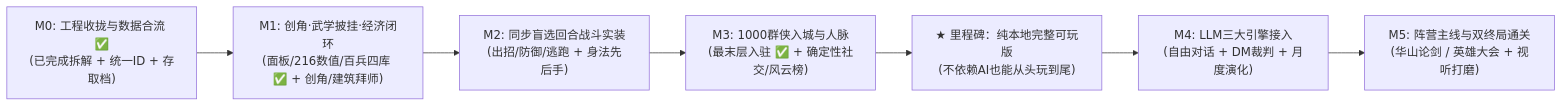
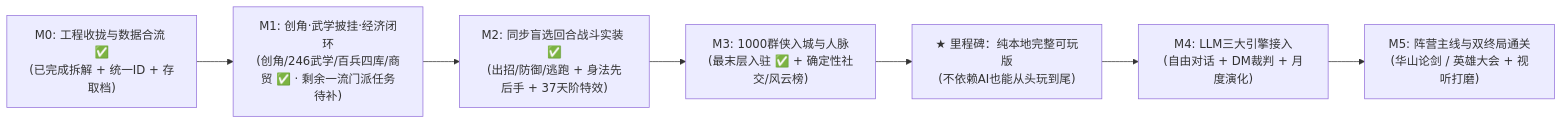
Before and after one commit to zhby99/northern-song-chronicles: the diagram in docs/ROADMAP_AND_TODO.md, drawn with Mermaid. The commit also changed other lines of this file and 1 other file, not shown here.

Commit message:
docs: sync ROADMAP_AND_TODO and AGENTS.md with current milestones

````diff
--- a/docs/ROADMAP_AND_TODO.md
+++ b/docs/ROADMAP_AND_TODO.md
@@ -38,9 +38,9 @@
 ```mermaid
 flowchart LR
-    M0["M0: 工程收拢与数据合流 ✅<br/>(已完成拆解 + 统一ID + 存取档)"] --> M1["M1: 创角·武学披挂·经济闭环<br/>(面板/216数值/百兵四库 ✅ + 创角/建筑拜师)"]
-    M1 --> M2["M2: 同步盲选回合战斗实装<br/>(出招/防御/逃跑 + 身法先后手)"]
+    M0["M0: 工程收拢与数据合流 ✅<br/>(已完成拆解 + 统一ID + 存取档)"] --> M1["M1: 创角·武学披挂·经济闭环<br/>(创角/246武学/百兵四库/商贸 ✅ · 剩余一流门派任务待补)"]
+    M1 --> M2["M2: 同步盲选回合战斗实装 ✅<br/>(出招/防御/逃跑 + 身法先后手 + 37天阶特效)"]
     M2 --> M3["M3: 1000群侠入城与人脉<br/>(最末层入驻 ✅ + 确定性社交/风云榜)"]
     M3 --> Playable["★ 里程碑：纯本地完整可玩版<br/>(不依赖AI也能从头玩到尾)"]
     Playable --> M4["M4: LLM三大引擎接入<br/>(自由对话 + DM裁判 + 月度演化)"]
     M4 --> M5["M5: 阵营主线与双终局通关<br/>(华山论剑 / 英雄大会 + 视听打磨)"]
 ```
````
